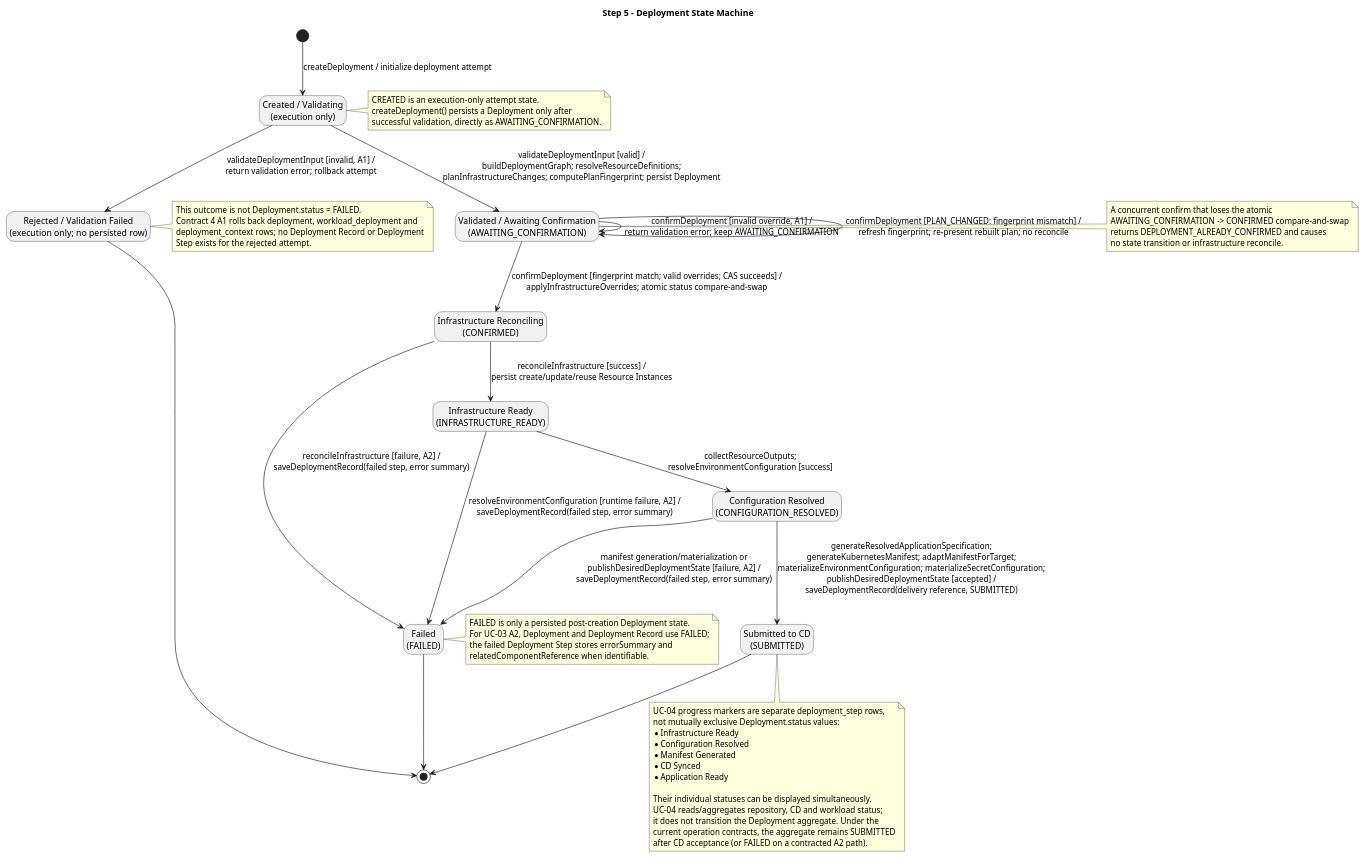
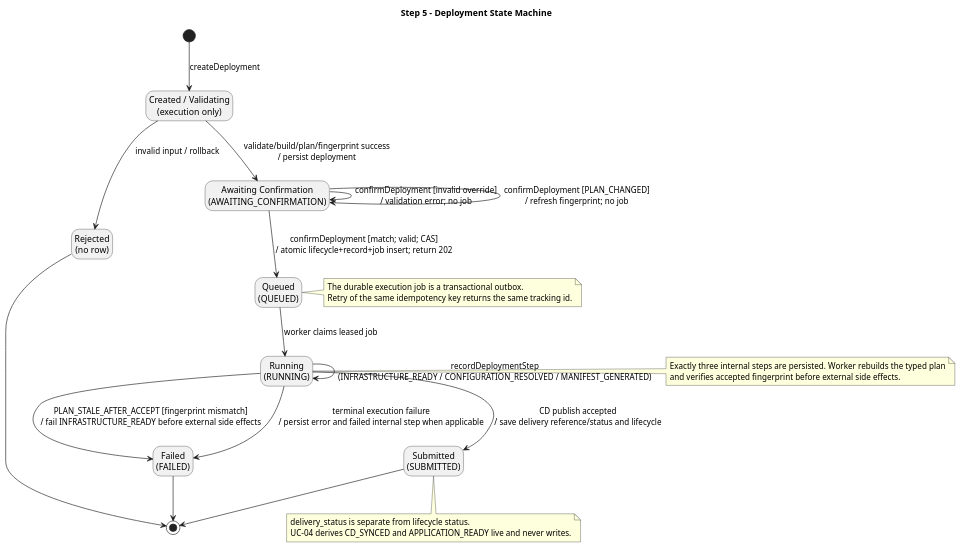
One commit to pr3s3nt/final_idp changed the diagram in 05_state_machines/deployment_state.puml. Above: the diagram before and after it, drawn with PlantUML. The commit also changed 20 other files, not shown here.

```diff
--- a/05_state_machines/deployment_state.puml
+++ b/05_state_machines/deployment_state.puml
@@ -1,80 +1,41 @@
 @startuml
 title Step 5 - Deployment State Machine
-
 hide empty description
 
 state "Created / Validating\n(execution only)" as CREATED
-state "Rejected / Validation Failed\n(execution only; no persisted row)" as REJECTED
-state "Validated / Awaiting Confirmation\n(AWAITING_CONFIRMATION)" as AWAITING_CONFIRMATION
-state "Infrastructure Reconciling\n(CONFIRMED)" as CONFIRMED
-state "Infrastructure Ready\n(INFRASTRUCTURE_READY)" as INFRASTRUCTURE_READY
-state "Configuration Resolved\n(CONFIGURATION_RESOLVED)" as CONFIGURATION_RESOLVED
-state "Submitted to CD\n(SUBMITTED)" as SUBMITTED
+state "Rejected\n(no row)" as REJECTED
+state "Awaiting Confirmation\n(AWAITING_CONFIRMATION)" as AWAITING
+state "Queued\n(QUEUED)" as QUEUED
+state "Running\n(RUNNING)" as RUNNING
+state "Submitted\n(SUBMITTED)" as SUBMITTED
 state "Failed\n(FAILED)" as FAILED
 
-[*] --> CREATED : createDeployment / initialize deployment attempt
-
-CREATED --> AWAITING_CONFIRMATION : validateDeploymentInput [valid] /\nbuildDeploymentGraph; resolveResourceDefinitions;\nplanInfrastructureChanges; computePlanFingerprint; persist Deployment
-CREATED --> REJECTED : validateDeploymentInput [invalid, A1] /\nreturn validation error; rollback attempt
+[*] --> CREATED : createDeployment
+CREATED --> AWAITING : validate/build/plan/fingerprint success\n/ persist deployment
+CREATED --> REJECTED : invalid input / rollback
 REJECTED --> [*]
 
-AWAITING_CONFIRMATION --> AWAITING_CONFIRMATION : confirmDeployment [invalid override, A1] /\nreturn validation error; keep AWAITING_CONFIRMATION
-AWAITING_CONFIRMATION --> AWAITING_CONFIRMATION : confirmDeployment [PLAN_CHANGED: fingerprint mismatch] /\nrefresh fingerprint; re-present rebuilt plan; no reconcile
-AWAITING_CONFIRMATION --> CONFIRMED : confirmDeployment [fingerprint match; valid overrides; CAS succeeds] /\napplyInfrastructureOverrides; atomic status compare-and-swap
-
-CONFIRMED --> INFRASTRUCTURE_READY : reconcileInfrastructure [success] /\npersist create/update/reuse Resource Instances
-CONFIRMED --> FAILED : reconcileInfrastructure [failure, A2] /\nsaveDeploymentRecord(failed step, error summary)
-
-INFRASTRUCTURE_READY --> CONFIGURATION_RESOLVED : collectResourceOutputs;\nresolveEnvironmentConfiguration [success]
-INFRASTRUCTURE_READY --> FAILED : resolveEnvironmentConfiguration [runtime failure, A2] /\nsaveDeploymentRecord(failed step, error summary)
-
-CONFIGURATION_RESOLVED --> SUBMITTED : generateResolvedApplicationSpecification;\ngenerateKubernetesManifest; adaptManifestForTarget;\nmaterializeEnvironmentConfiguration; materializeSecretConfiguration;\npublishDesiredDeploymentState [accepted] /\nsaveDeploymentRecord(delivery reference, SUBMITTED)
-CONFIGURATION_RESOLVED --> FAILED : manifest generation/materialization or\npublishDesiredDeploymentState [failure, A2] /\nsaveDeploymentRecord(failed step, error summary)
-
+AWAITING --> AWAITING : confirmDeployment [invalid override]\n/ validation error; no job
+AWAITING --> AWAITING : confirmDeployment [PLAN_CHANGED]\n/ refresh fingerprint; no job
+AWAITING --> QUEUED : confirmDeployment [match; valid; CAS]\n/ atomic lifecycle+record+job insert; return 202
+QUEUED --> RUNNING : worker claims leased job
+RUNNING --> RUNNING : recordDeploymentStep\n(INFRASTRUCTURE_READY / CONFIGURATION_RESOLVED / MANIFEST_GENERATED)
+RUNNING --> FAILED : PLAN_STALE_AFTER_ACCEPT [fingerprint mismatch]\n/ fail INFRASTRUCTURE_READY before external side effects
+RUNNING --> SUBMITTED : CD publish accepted\n/ save delivery reference/status and lifecycle
+RUNNING --> FAILED : terminal execution failure\n/ persist error and failed internal step when applicable
 SUBMITTED --> [*]
 FAILED --> [*]
 
-note right of CREATED
-  CREATED is an execution-only attempt state.
-  createDeployment() persists a Deployment only after
-  successful validation, directly as AWAITING_CONFIRMATION.
+note right of QUEUED
+  The durable execution job is a transactional outbox.
+  Retry of the same idempotency key returns the same tracking id.
 end note
-
-note right of REJECTED
-  This outcome is not Deployment.status = FAILED.
-  Contract 4 A1 rolls back deployment, workload_deployment and
-  deployment_context rows; no Deployment Record or Deployment
-  Step exists for the rejected attempt.
+note right of RUNNING
+  Exactly three internal steps are persisted. Worker rebuilds the typed plan
+  and verifies accepted fingerprint before external side effects.
 end note
-
-note right of AWAITING_CONFIRMATION
-  A concurrent confirm that loses the atomic
-  AWAITING_CONFIRMATION -> CONFIRMED compare-and-swap
-  returns DEPLOYMENT_ALREADY_CONFIRMED and causes
-  no state transition or infrastructure reconcile.
+note bottom of SUBMITTED
+  delivery_status is separate from lifecycle status.
+  UC-04 derives CD_SYNCED and APPLICATION_READY live and never writes.
 end note
-
-note right of FAILED
-  FAILED is only a persisted post-creation Deployment state.
-  For UC-03 A2, Deployment and Deployment Record use FAILED;
-  the failed Deployment Step stores errorSummary and
-  relatedComponentReference when identifiable.
-end note
-
-note bottom of SUBMITTED
-  UC-04 progress markers are separate deployment_step rows,
-  not mutually exclusive Deployment.status values:
-  * Infrastructure Ready
-  * Configuration Resolved
-  * Manifest Generated
-  * CD Synced
-  * Application Ready
-
-  Their individual statuses can be displayed simultaneously.
-  UC-04 reads/aggregates repository, CD and workload status;
-  it does not transition the Deployment aggregate. Under the
-  current operation contracts, the aggregate remains SUBMITTED
-  after CD acceptance (or FAILED on a contracted A2 path).
-end note
-
 @enduml
```
